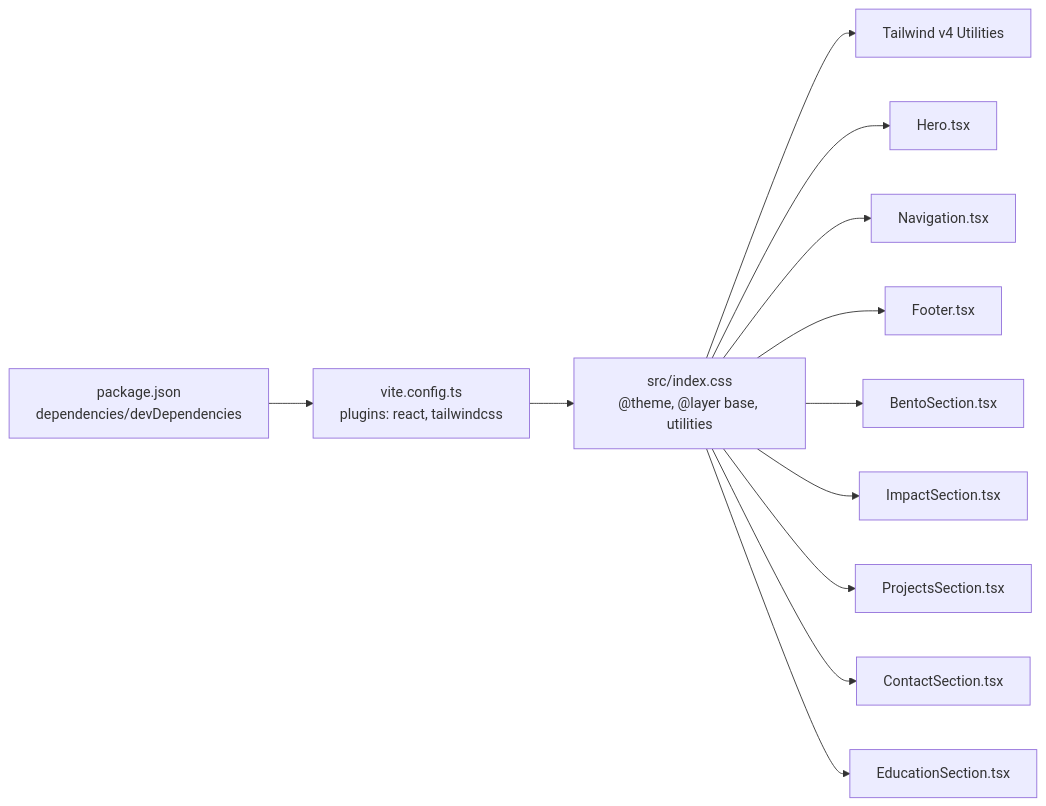
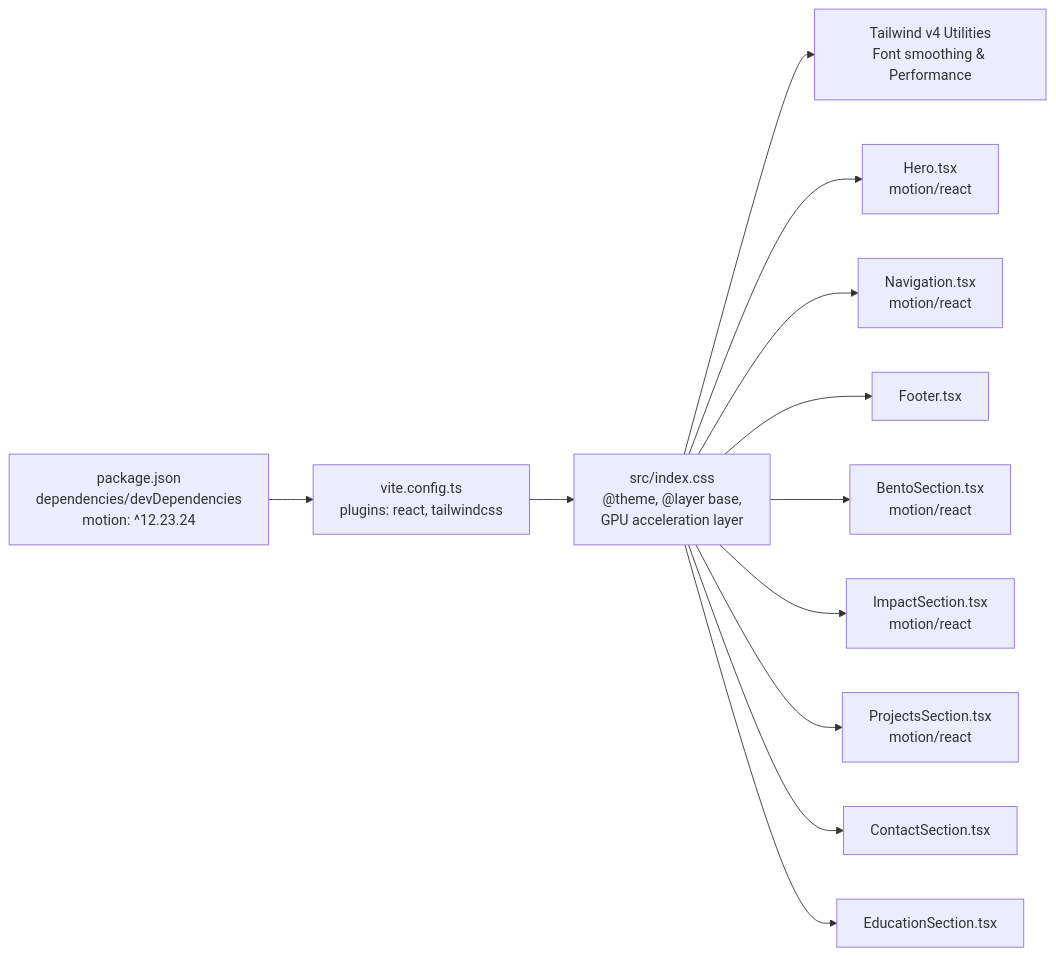
Before and after one commit to subash7781/Portfolio: the third of 3 diagrams in .qoder/repowiki/en/content/Styling & Theming System.md, drawn with Mermaid. The commit also changed other lines of this file and 9 other files, not shown here.

````diff
--- a/.qoder/repowiki/en/content/Styling & Theming System.md
+++ b/.qoder/repowiki/en/content/Styling & Theming System.md
@@ -306,14 +392,14 @@
 ```mermaid
 graph LR
-Pkg["package.json<br/>dependencies/devDependencies"] --> ViteCfg["vite.config.ts<br/>plugins: react, tailwindcss"]
-ViteCfg --> CSS["src/index.css<br/>@theme, @layer base, utilities"]
-CSS --> TW["Tailwind v4 Utilities"]
-CSS --> Comp1["Hero.tsx"]
-CSS --> Comp2["Navigation.tsx"]
+Pkg["package.json<br/>dependencies/devDependencies<br/>motion: ^12.23.24"] --> ViteCfg["vite.config.ts<br/>plugins: react, tailwindcss"]
+ViteCfg --> CSS["src/index.css<br/>@theme, @layer base,<br/>GPU acceleration layer"]
+CSS --> TW["Tailwind v4 Utilities<br/>Font smoothing & Performance"]
+CSS --> Comp1["Hero.tsx<br/>motion/react"]
+CSS --> Comp2["Navigation.tsx<br/>motion/react"]
 CSS --> Comp3["Footer.tsx"]
-CSS --> Comp4["BentoSection.tsx"]
-CSS --> Comp5["ImpactSection.tsx"]
-CSS --> Comp6["ProjectsSection.tsx"]
+CSS --> Comp4["BentoSection.tsx<br/>motion/react"]
+CSS --> Comp5["ImpactSection.tsx<br/>motion/react"]
+CSS --> Comp6["ProjectsSection.tsx<br/>motion/react"]
 CSS --> Comp7["ContactSection.tsx"]
 CSS --> Comp8["EducationSection.tsx"]
 ```
````
